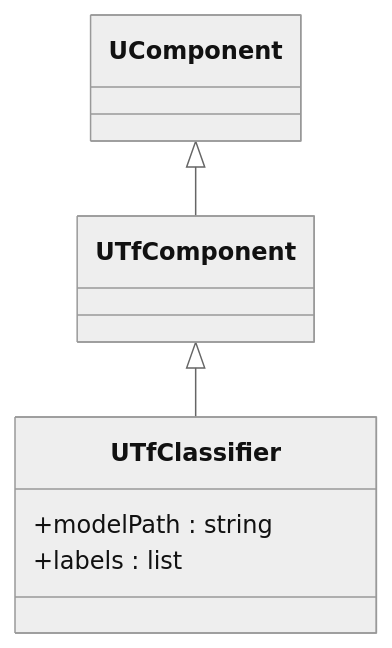
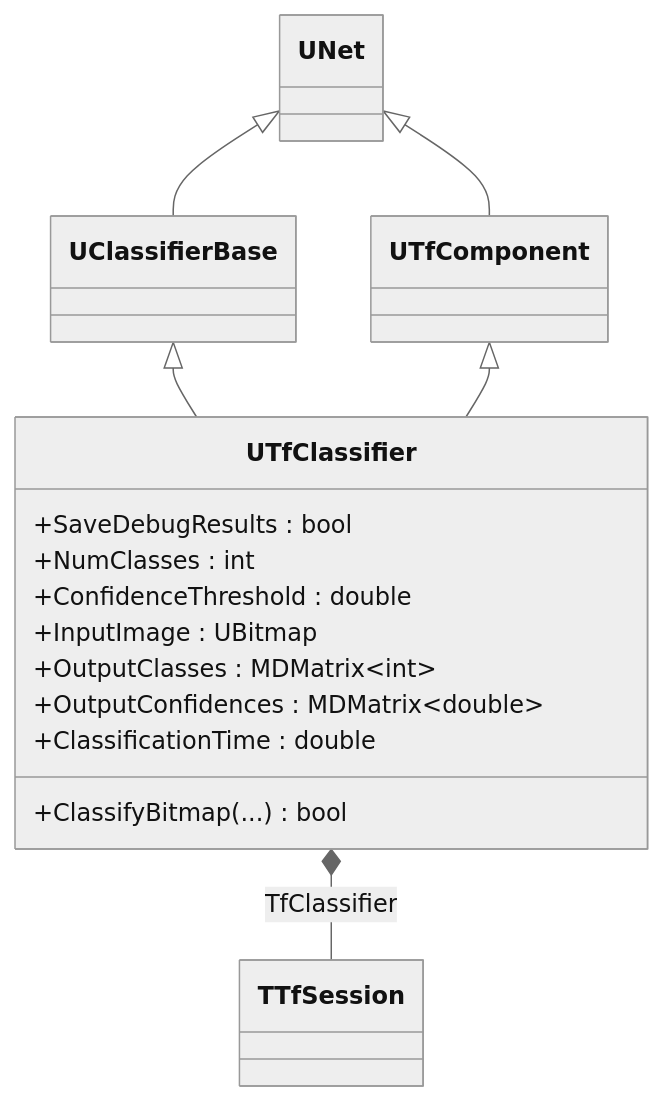
One commit to aicommunity/Rdk-TensorflowLib changed the seventh of 10 diagrams in Docs/Components/UTfClassifier.md. Above: the diagram before and after it, drawn with Mermaid (neutral theme). The commit also changed other lines of this file and 6 other files, not shown here.

````diff
--- a/Docs/Components/UTfClassifier.md
+++ b/Docs/Components/UTfClassifier.md
@@ -7,9 +544,19 @@
 ```mermaid
 classDiagram
-    UComponent <|-- UTfComponent
+    UNet <|-- UClassifierBase
+    UNet <|-- UTfComponent
+    UClassifierBase <|-- UTfClassifier
     UTfComponent <|-- UTfClassifier
+    UTfClassifier *-- TTfSession : TfClassifier
+    
     class UTfClassifier {
-        +modelPath : string
-        +labels : list
+        +SaveDebugResults : bool
+        +NumClasses : int
+        +ConfidenceThreshold : double
+        +InputImage : UBitmap
+        +OutputClasses : MDMatrix~int~
+        +OutputConfidences : MDMatrix~double~
+        +ClassificationTime : double
+        +ClassifyBitmap(...) bool
     }
 ```
````
